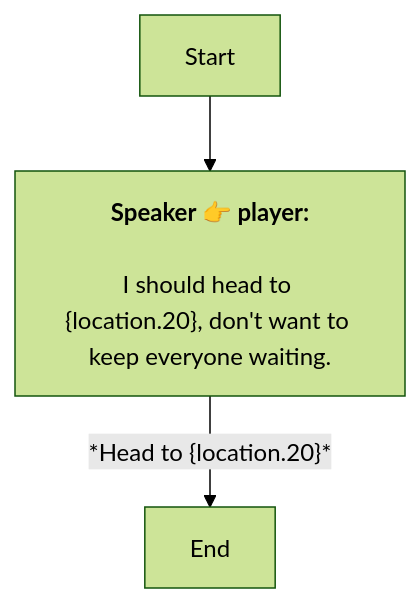
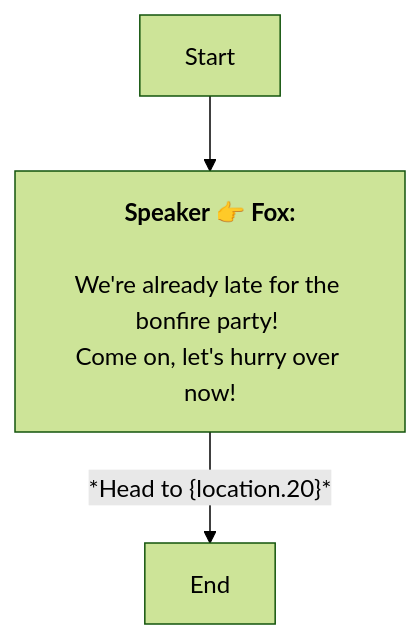
Before and after one commit to SoftHu/tos_avg: the diagram in En/QuestStartTalkENode_1741807069284794.md, drawn with Mermaid (forest theme). The commit also changed 780 other files, not shown here.

````diff
--- a/En/QuestStartTalkENode_1741807069284794.md
+++ b/En/QuestStartTalkENode_1741807069284794.md
@@ -1,7 +1,8 @@
 ```mermaid
 graph
-Start -->1741807087283645[<b>Speaker 👉 player:</b>
-\nI should head to &lbrace;location.20&rbrace;, don't want to keep everyone waiting.]
+Start -->1741807087283645[<b>Speaker 👉 Fox:</b>
+\nWe're already late for the bonfire party! 
+Come on, let's hurry over now!]
 1741807087283645 -->|*Head to &lbrace;location.20&rbrace;*|1741807120502209[End]
 
 ```
````
